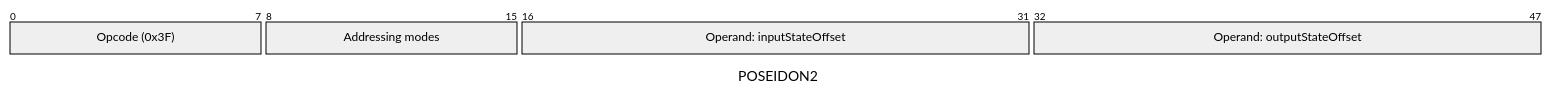
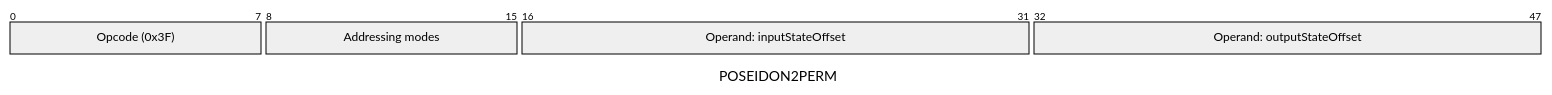
Before and after one commit to jp4g/aztec-packages-note-discovery: the first of 2 diagrams in yarn-project/simulator/docs/avm/opcodes/poseidon2.md, drawn with Mermaid. The commit also changed other lines of this file and 67 other files, not shown here.

````diff
--- a/yarn-project/simulator/docs/avm/opcodes/poseidon2.md
+++ b/yarn-project/simulator/docs/avm/opcodes/poseidon2.md
@@ -39,13 +39,13 @@
 ```mermaid
 ---
-title: "POSEIDON2"
+title: "POSEIDON2PERM"
 config:
   packet:
     bitsPerRow: 48
 ---
 packet-beta
 0-7: "Opcode (0x3F)"
 8-15: "Addressing modes"
 16-31: "Operand: inputStateOffset"
 32-47: "Operand: outputStateOffset"
 ```
````
